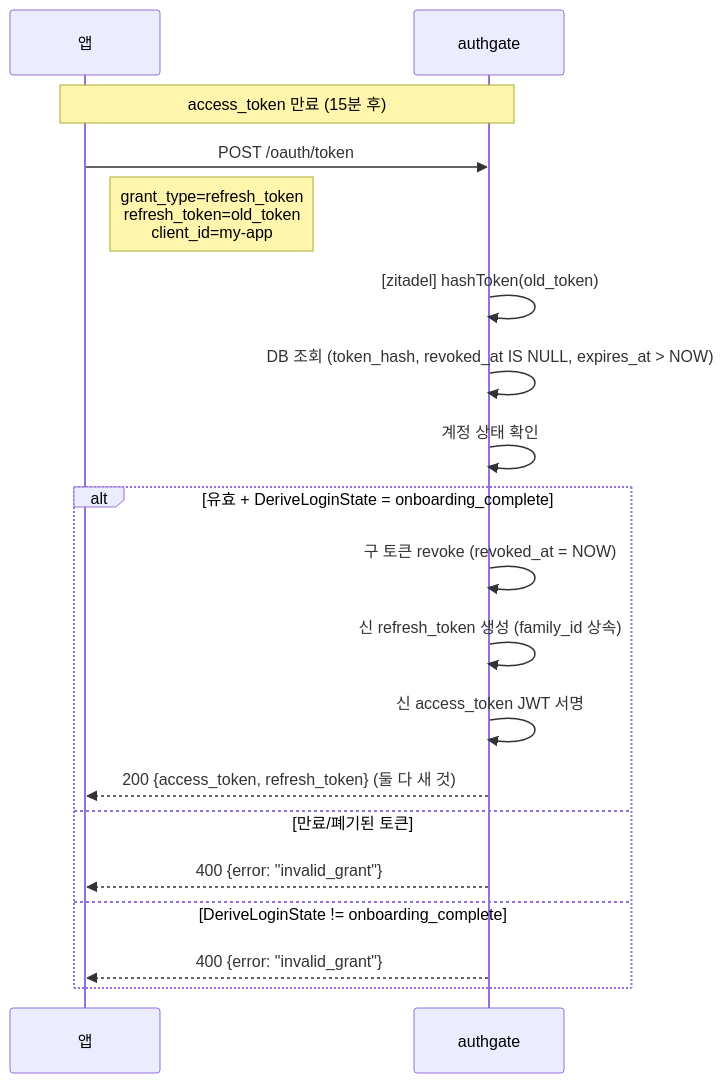
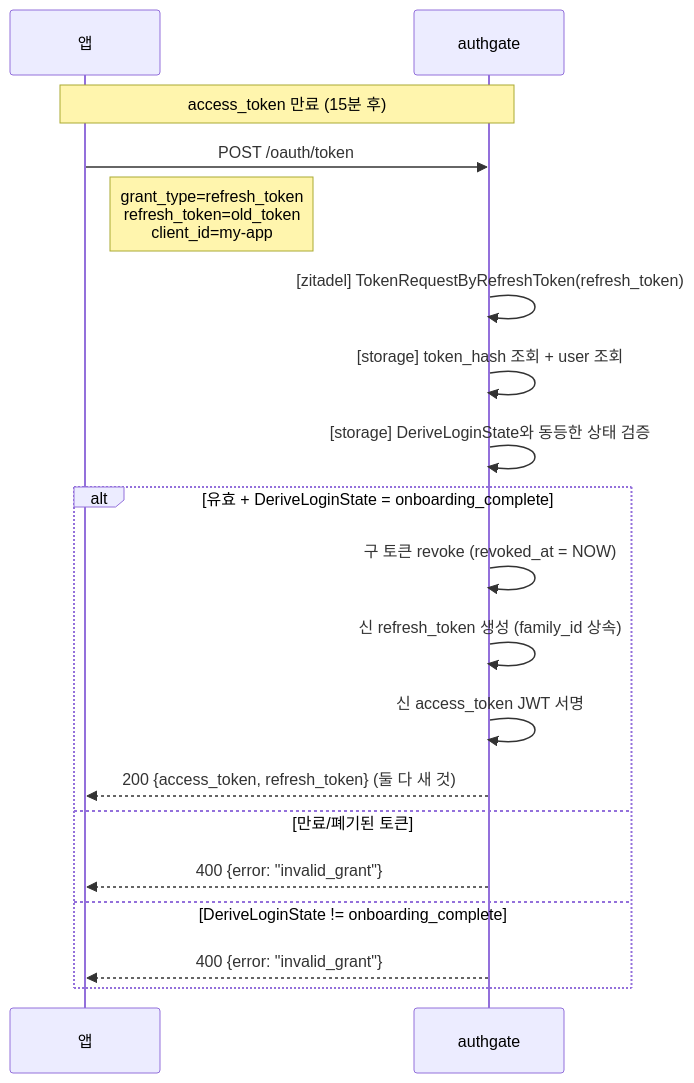
The first of 4 diagrams in docs/spec/005-token-lifecycle.md (cagojeiger/authgate), drawn with Mermaid before and after one commit. The commit also changed other lines of this file and 2 other files, not shown here.

````diff
--- a/docs/spec/005-token-lifecycle.md
+++ b/docs/spec/005-token-lifecycle.md
@@ -33,24 +33,24 @@
 ```mermaid
 sequenceDiagram
     participant App as 앱
     participant AG as authgate
 
     Note over App,AG: access_token 만료 (15분 후)
     App->>AG: POST /oauth/token
     Note right of App: grant_type=refresh_token<br/>refresh_token=old_token<br/>client_id=my-app
 
-    AG->>AG: [zitadel] hashToken(old_token)
-    AG->>AG: DB 조회 (token_hash, revoked_at IS NULL, expires_at > NOW)
-    AG->>AG: 계정 상태 확인
+    AG->>AG: [zitadel] TokenRequestByRefreshToken(refresh_token)
+    AG->>AG: [storage] token_hash 조회 + user 조회
+    AG->>AG: [storage] DeriveLoginState와 동등한 상태 검증
 
     alt 유효 + DeriveLoginState = onboarding_complete
         AG->>AG: 구 토큰 revoke (revoked_at = NOW)
         AG->>AG: 신 refresh_token 생성 (family_id 상속)
         AG->>AG: 신 access_token JWT 서명
         AG-->>App: 200 {access_token, refresh_token} (둘 다 새 것)
     else 만료/폐기된 토큰
         AG-->>App: 400 {error: "invalid_grant"}
     else DeriveLoginState != onboarding_complete
         AG-->>App: 400 {error: "invalid_grant"}
     end
 ```
````
